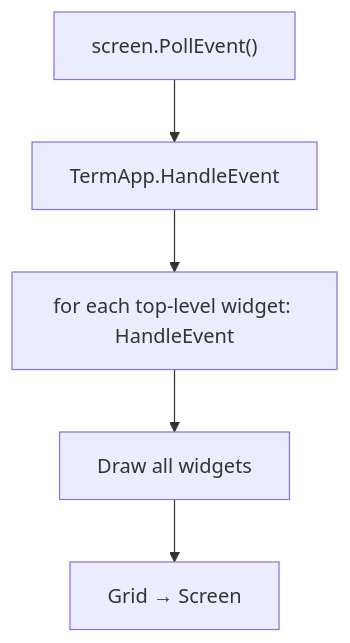
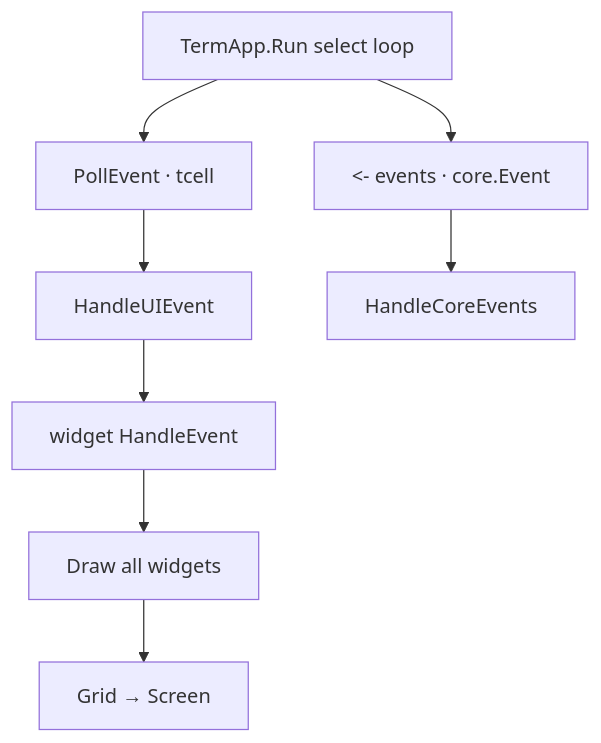
One commit to yairgd/gdbforge changed the sixth of 7 diagrams in docs/UI_ARCHITECTURE.md. Above: the diagram before and after it, drawn with Mermaid. The commit also changed other lines of this file and 9 other files, not shown here.

````diff
--- a/docs/UI_ARCHITECTURE.md
+++ b/docs/UI_ARCHITECTURE.md
@@ -335,10 +342,16 @@
 ```mermaid
 flowchart TB
-    Poll["screen.PollEvent()"]
-    App["TermApp.HandleEvent"]
-    Widgets["for each top-level widget: HandleEvent"]
+    Select["TermApp.Run select loop"]
+    Poll["PollEvent · tcell"]
+    Bus["<- events · core.Event"]
+    UI["HandleUIEvent"]
+    Widgets["widget HandleEvent"]
+    Core["HandleCoreEvents"]
     Draw["Draw all widgets"]
     Flush["Grid → Screen"]
 
-    Poll --> App --> Widgets --> Draw --> Flush
+    Select --> Poll
+    Select --> Bus
+    Poll --> UI --> Widgets --> Draw --> Flush
+    Bus --> Core
 ```
````
